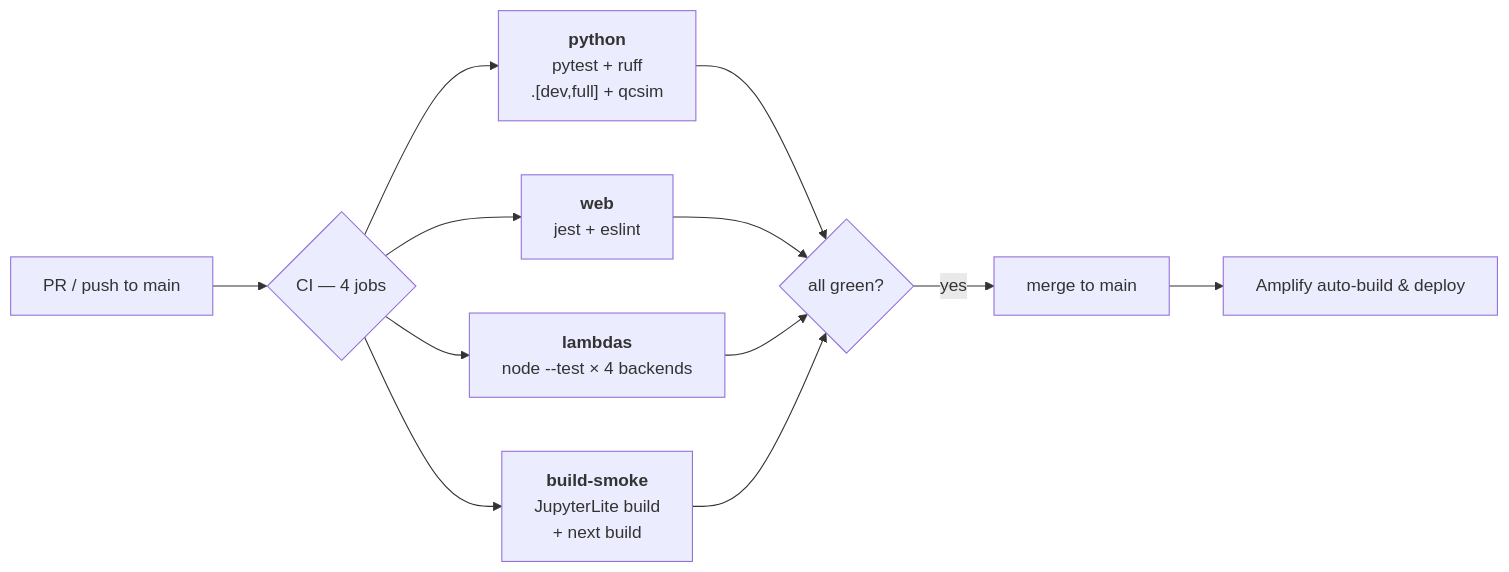
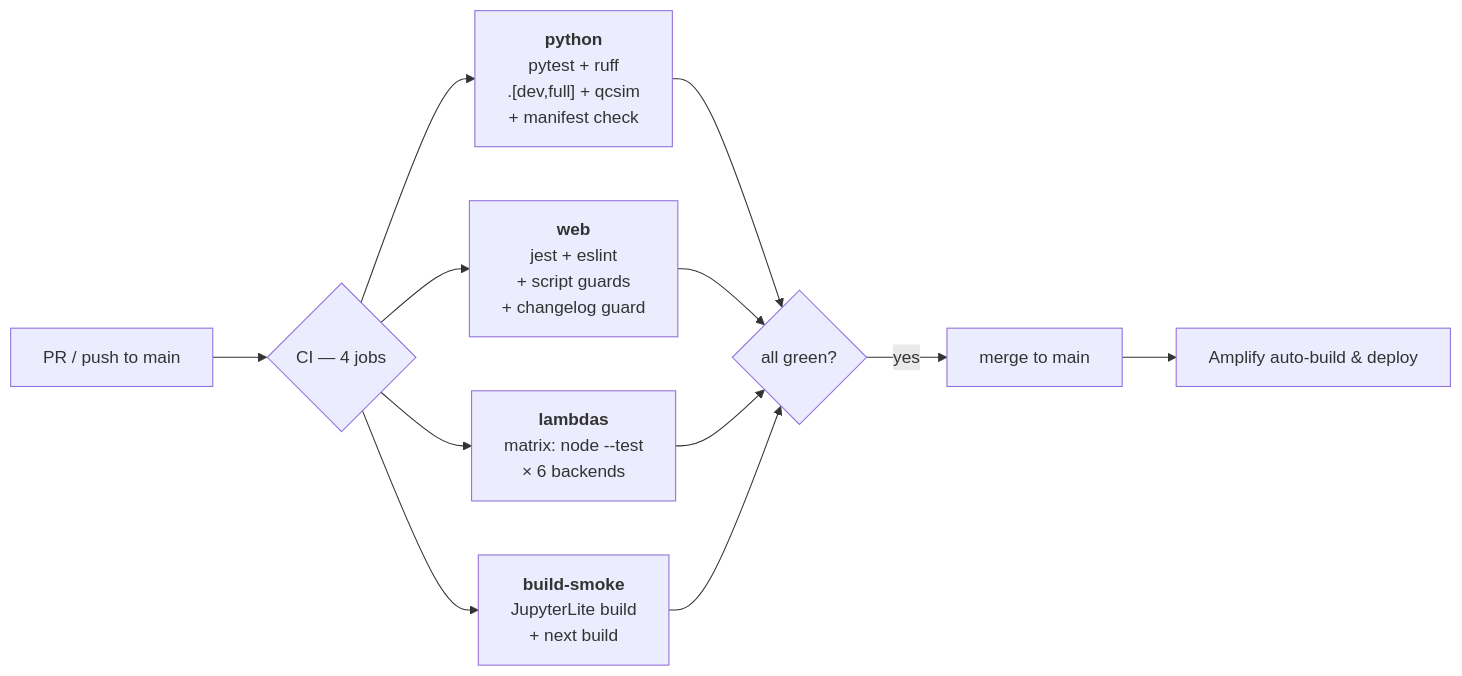
Before and after one commit to AltivumInc-Admin/quantum-computing: the fourth of 5 diagrams in README.md, drawn with Mermaid. The commit also changed other lines of this file and 4 other files, not shown here.

````diff
--- a/README.md
+++ b/README.md
@@ -531,14 +539,14 @@
 ```mermaid
 flowchart LR
     pr["PR / push to main"] --> ci{"CI — 4 jobs"}
-    ci --> py["<b>python</b><br/>pytest + ruff<br/>.[dev,full] + qcsim"]
-    ci --> wb["<b>web</b><br/>jest + eslint"]
-    ci --> lm["<b>lambdas</b><br/>node --test × 4 backends"]
+    ci --> py["<b>python</b><br/>pytest + ruff<br/>.[dev,full] + qcsim<br/>+ manifest check"]
+    ci --> wb["<b>web</b><br/>jest + eslint<br/>+ script guards<br/>+ changelog guard"]
+    ci --> lm["<b>lambdas</b><br/>matrix: node --test<br/>× 6 backends"]
     ci --> sm["<b>build-smoke</b><br/>JupyterLite build<br/>+ next build"]
     py --> ok{"all green?"}
     wb --> ok
     lm --> ok
     sm --> ok
     ok -- yes --> merge["merge to main"]
     merge --> amp["Amplify auto-build & deploy"]
 ```
````
